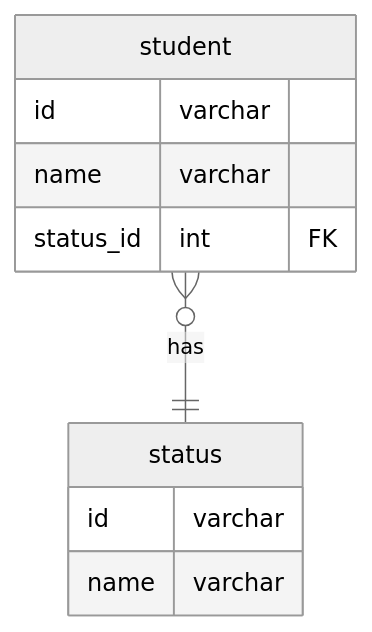
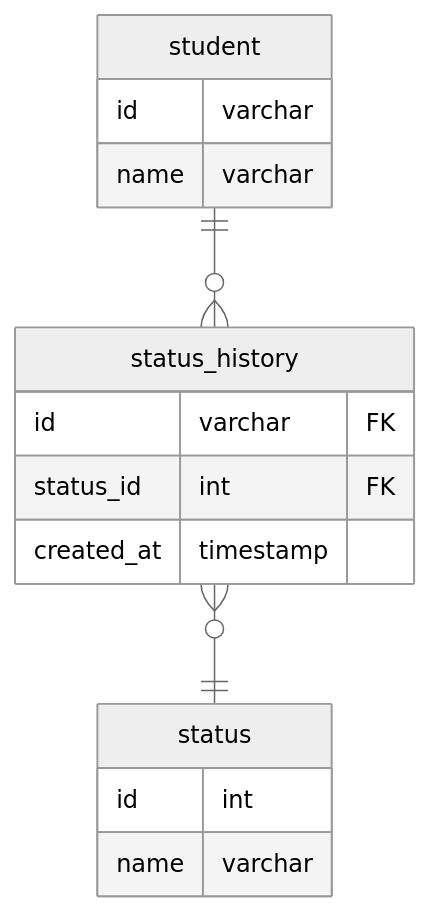
The second of 3 diagrams in db/12_anti_pattern_7/readme.md (tamamura3/praha-challenge), drawn with Mermaid (neutral theme) before and after one commit. The commit also changed other lines of this file, not shown here.

````diff
--- a/db/12_anti_pattern_7/readme.md
+++ b/db/12_anti_pattern_7/readme.md
@@ -40,13 +50,18 @@
 ```mermaid
 erDiagram
     student {
     id varchar
     name varchar
-    status_id int FK
+    }
+    status_history {
+        id varchar FK
+        status_id int FK
+        created_at timestamp
     }
     status {
-        id varchar
+        id int
         name varchar
     }
-    student }o--|| status : has
+    student ||--o{ status_history: ""
+    status_history }o--|| status: ""
 ```
````
